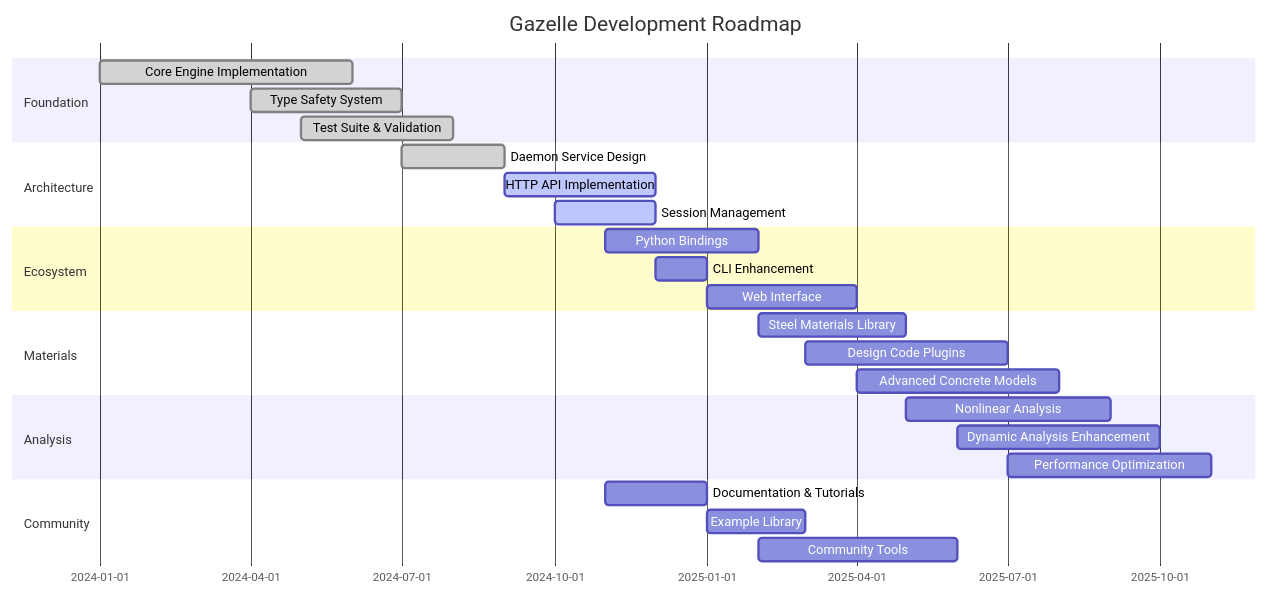
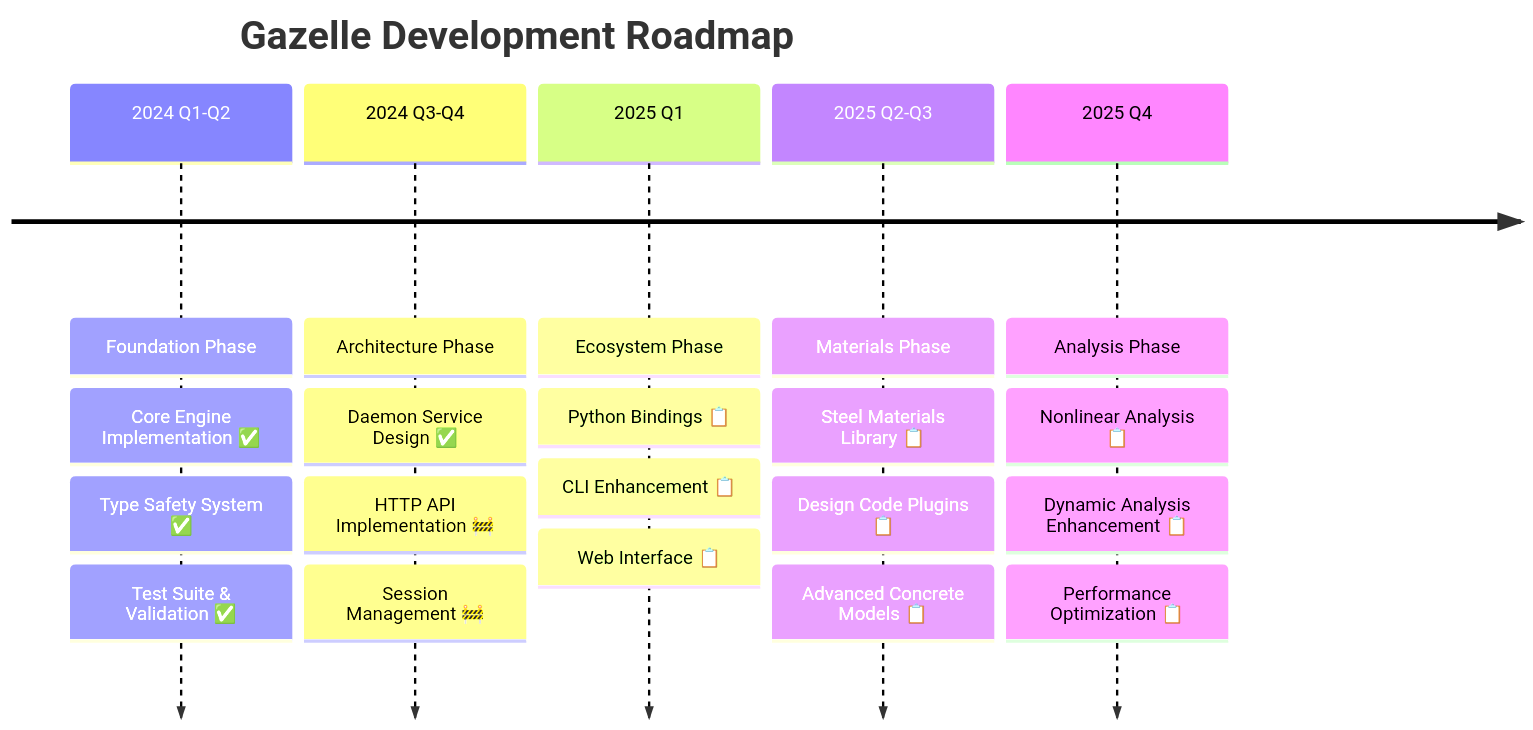
Before and after one commit to jsbayley/gazelle: the seventh of 9 diagrams in docs/ARCHITECTURE.md, drawn with Mermaid. The commit also changed 3 other files, not shown here.

````diff
--- a/docs/ARCHITECTURE.md
+++ b/docs/ARCHITECTURE.md
@@ -400,34 +400,29 @@
 ```mermaid
-gantt
+timeline
     title Gazelle Development Roadmap
-    dateFormat  YYYY-MM-DD
-    section Foundation
-    Core Engine Implementation     :done, core, 2024-01-01, 2024-06-01
-    Type Safety System            :done, types, 2024-04-01, 2024-07-01
-    Test Suite & Validation       :done, tests, 2024-05-01, 2024-08-01
     
-    section Architecture
-    Daemon Service Design         :done, daemon-design, 2024-07-01, 2024-09-01
-    HTTP API Implementation       :active, http, 2024-09-01, 2024-12-01
-    Session Management           :active, sessions, 2024-10-01, 2024-12-01
+    2024 Q1-Q2 : Foundation Phase
+                : Core Engine Implementation ✅
+                : Type Safety System ✅
+                : Test Suite & Validation ✅
     
-    section Ecosystem
-    Python Bindings             :python, 2024-11-01, 2025-02-01
-    CLI Enhancement              :cli, 2024-12-01, 2025-01-01
-    Web Interface                :web, 2025-01-01, 2025-04-01
+    2024 Q3-Q4 : Architecture Phase  
+                : Daemon Service Design ✅
+                : HTTP API Implementation 🚧
+                : Session Management 🚧
     
-    section Materials
-    Steel Materials Library      :steel, 2025-02-01, 2025-05-01
-    Design Code Plugins          :plugins, 2025-03-01, 2025-07-01
-    Advanced Concrete Models     :concrete-adv, 2025-04-01, 2025-08-01
+    2025 Q1    : Ecosystem Phase
+                : Python Bindings 📋
+                : CLI Enhancement 📋
+                : Web Interface 📋
     
-    section Analysis
-    Nonlinear Analysis           :nonlinear, 2025-05-01, 2025-09-01
-    Dynamic Analysis Enhancement :dynamic, 2025-06-01, 2025-10-01
-    Performance Optimization     :perf, 2025-07-01, 2025-11-01
+    2025 Q2-Q3 : Materials Phase
+                : Steel Materials Library 📋
+                : Design Code Plugins 📋
+                : Advanced Concrete Models 📋
     
-    section Community
-    Documentation & Tutorials    :docs, 2024-11-01, 2025-01-01
-    Example Library              :examples, 2025-01-01, 2025-03-01
-    Community Tools              :community, 2025-02-01, 2025-06-01
+    2025 Q4    : Analysis Phase
+                : Nonlinear Analysis 📋
+                : Dynamic Analysis Enhancement 📋
+                : Performance Optimization 📋
 ```
````
